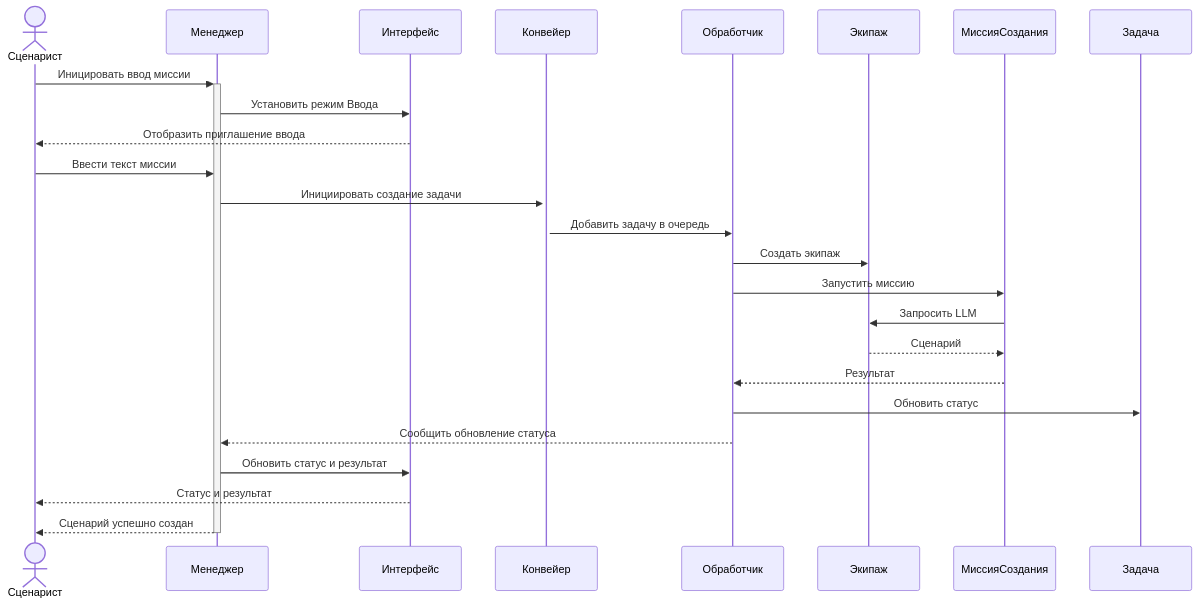
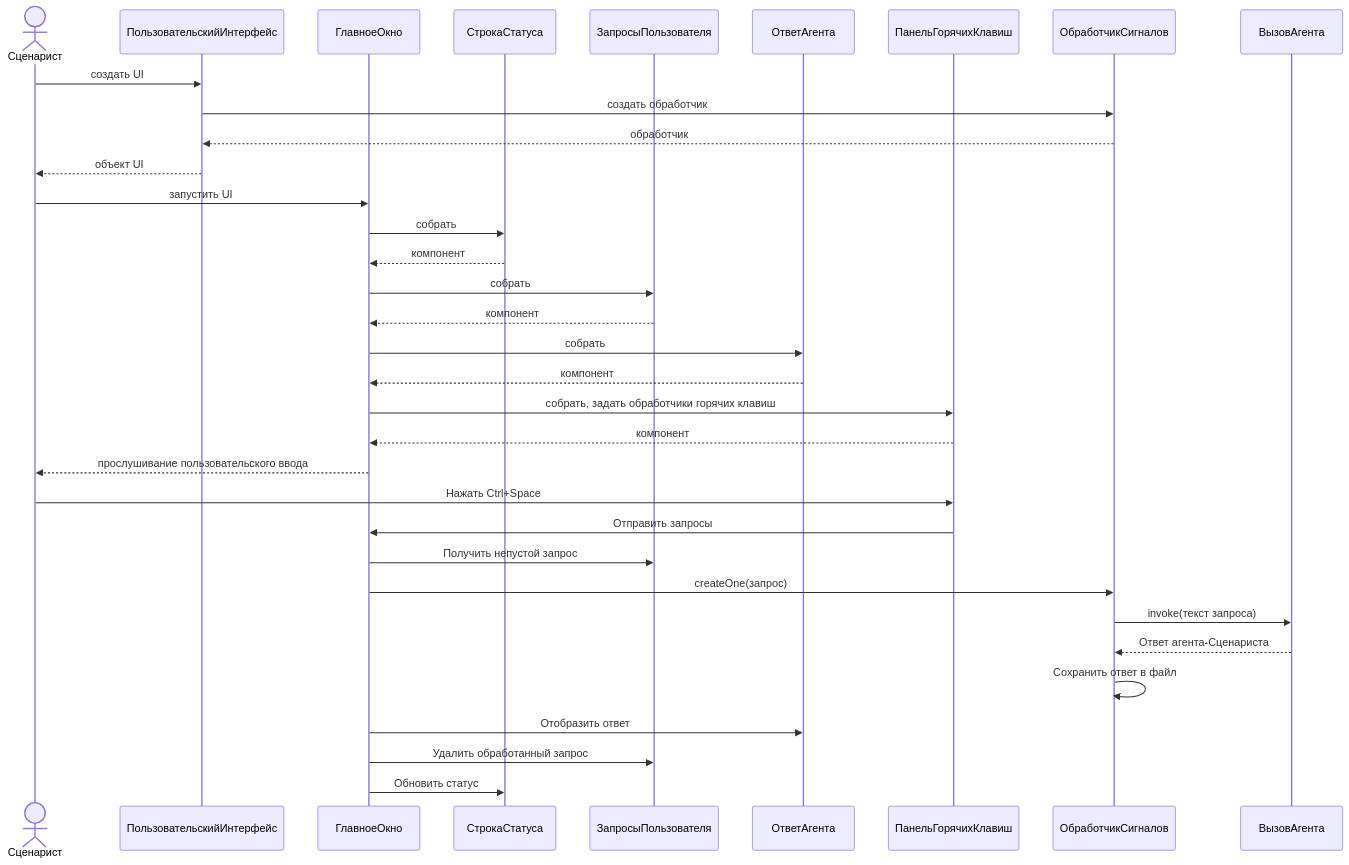
One commit to CHSU-scenarAIst/diagrammy changed the first of 3 diagrams in Пакет Интерфейс пользователя/2. Диаграмма последовательностей взаимодействия объектов классов пакета.md. Above: the diagram before and after it, drawn with Mermaid. The commit also changed other lines of this file and 13 other files, not shown here.

````diff
--- a/Пакет Интерфейс пользователя/2. Диаграмма последовательностей взаимодействия объектов классов пакета.md
+++ b/Пакет Интерфейс пользователя/2. Диаграмма последовательностей взаимодействия объектов классов пакета.md
@@ -5,28 +7,39 @@
 ```mermaid
 sequenceDiagram
-    actor Сценарист as Сценарист
-    participant Менеджер as Менеджер
-    participant Интерфейс as Интерфейс
-    participant Конвейер as Конвейер
-    participant Обработчик as Обработчик
-    participant Экипаж as Экипаж
-    participant МиссияСоздания as МиссияСоздания
-    participant Задача as Задача
+    actor Сценарист
+    participant ПользовательскийИнтерфейс
+    participant ГлавноеОкно
+    participant СтрокаСтатуса
+    participant ЗапросыПользователя
+    participant ОтветАгента
+    participant ПанельГорячихКлавиш
+    participant ОбработчикСигналов
+    participant ВызовАгента
 
-    Сценарист->>+Менеджер: Иницировать ввод миссии
-    Менеджер->>Интерфейс: Установить режим Ввода
-    Интерфейс-->>Сценарист: Отобразить приглашение ввода
-    Сценарист->>Менеджер: Ввести текст миссии
-    Менеджер->>+Конвейер: Инициировать создание задачи
-    Конвейер->>Обработчик: Добавить задачу в очередь
-    Обработчик->>Экипаж: Создать экипаж
-    Обработчик->>МиссияСоздания: Запустить миссию
-    МиссияСоздания->>Экипаж: Запросить LLM
-    Экипаж-->>МиссияСоздания: Сценарий
-    МиссияСоздания-->>Обработчик: Результат
-    Обработчик->>Задача: Обновить статус
-    Обработчик-->>Менеджер: Сообщить обновление статуса
-    Менеджер->>Интерфейс: Обновить статус и результат
-    Интерфейс-->>Сценарист: Статус и результат
-    Менеджер-->>-Сценарист: Сценарий успешно создан
+ Сценарист->>ПользовательскийИнтерфейс: создать UI
+    ПользовательскийИнтерфейс->>ОбработчикСигналов: создать обработчик
+ ОбработчикСигналов-->>ПользовательскийИнтерфейс: обработчик
+ ПользовательскийИнтерфейс-->>Сценарист: объект UI
+    Сценарист->>ГлавноеОкно: запустить UI
+
+    ГлавноеОкно->>СтрокаСтатуса: собрать
+    СтрокаСтатуса-->>ГлавноеОкно: компонент
+    ГлавноеОкно->>ЗапросыПользователя: собрать
+    ЗапросыПользователя-->>ГлавноеОкно: компонент
+    ГлавноеОкно->>ОтветАгента: собрать
+    ОтветАгента-->>ГлавноеОкно: компонент
+    ГлавноеОкно->>ПанельГорячихКлавиш: собрать, задать обработчики горячих клавиш
+    ПанельГорячихКлавиш-->>ГлавноеОкно: компонент
+    ГлавноеОкно-->>Сценарист: прослушивание пользовательского ввода
+
+    Сценарист->>ПанельГорячихКлавиш: Нажать Ctrl+Space
+    ПанельГорячихКлавиш->>ГлавноеОкно: Отправить запросы
+    ГлавноеОкно->>ЗапросыПользователя: Получить непустой запрос
+    ГлавноеОкно->>ОбработчикСигналов: createOne(запрос)
+    ОбработчикСигналов->>ВызовАгента: invoke(текст запроса)
+    ВызовАгента-->>ОбработчикСигналов: Ответ агента-Сценариста
+    ОбработчикСигналов->>ОбработчикСигналов: Сохранить ответ в файл
+    ГлавноеОкно->>ОтветАгента: Отобразить ответ
+    ГлавноеОкно->>ЗапросыПользователя: Удалить обработанный запрос
+    ГлавноеОкно->>СтрокаСтатуса: Обновить статус
 ```
````
